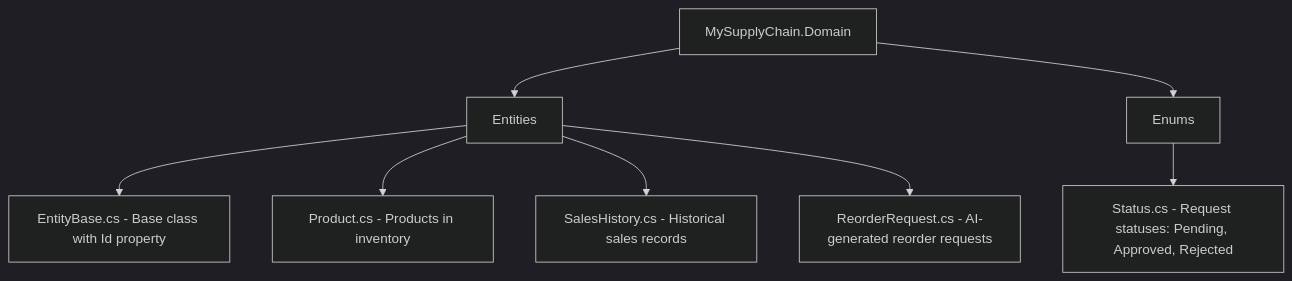
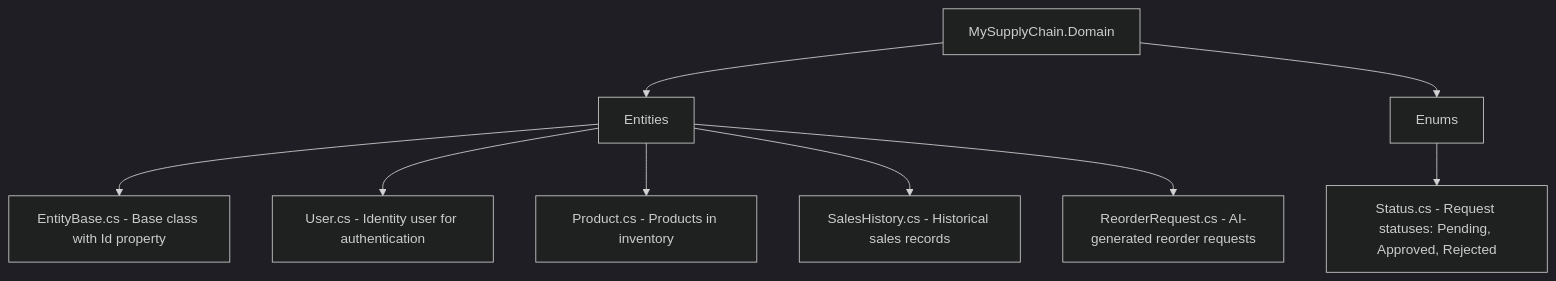
Before and after one commit to austinchima/MySupplyChain: the second of 2 diagrams in MySupplyChain.Domain/README.md, drawn with Mermaid (dark theme). The commit also changed other lines of this file and 17 other files, not shown here.

````diff
--- a/MySupplyChain.Domain/README.md
+++ b/MySupplyChain.Domain/README.md
@@ -29,14 +29,15 @@
 ```mermaid
 graph TD
 
     A[MySupplyChain.Domain]
 
     A --> B[Entities]
     B --> B1[EntityBase.cs - Base class with Id property]
-    B --> B2[Product.cs - Products in inventory]
-    B --> B3[SalesHistory.cs - Historical sales records]
-    B --> B4[ReorderRequest.cs - AI-generated reorder requests]
+    B --> B2[User.cs - Identity user for authentication]
+    B --> B3[Product.cs - Products in inventory]
+    B --> B4[SalesHistory.cs - Historical sales records]
+    B --> B5[ReorderRequest.cs - AI-generated reorder requests]
 
     A --> C[Enums]
     C --> C1[Status.cs - Request statuses: Pending, Approved, Rejected]
 ```
````
